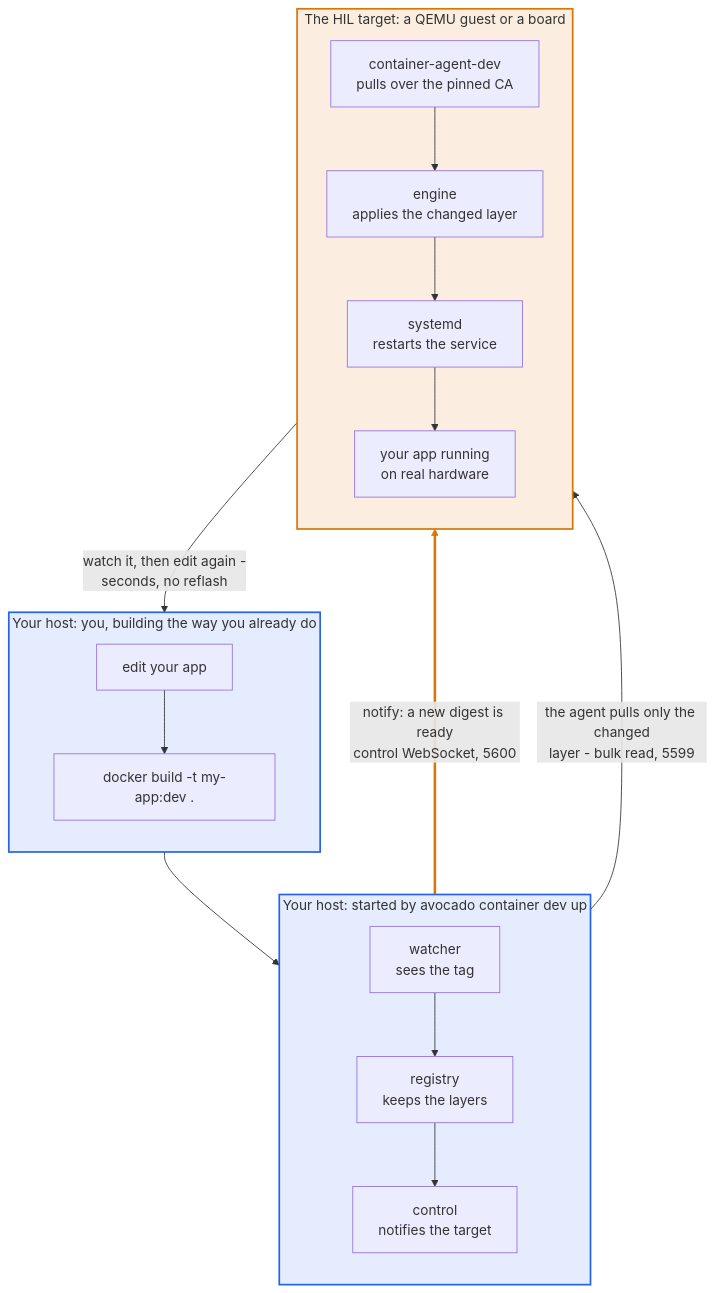
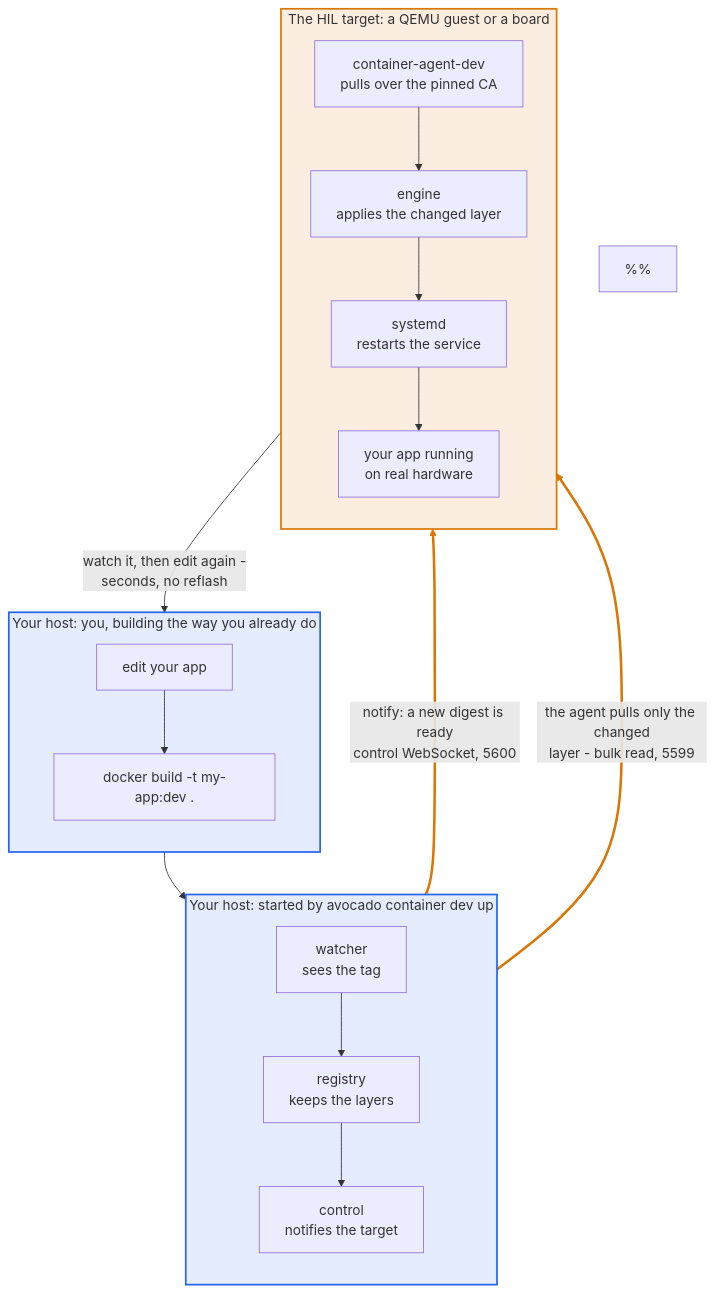
One commit to peridio/docs changed the first of 5 diagrams in src/docs-guides/container-dev-mode.md. Above: the diagram before and after it, drawn with Mermaid.

Commit message:
docs-guides/container-dev-mode: thicken both arrows that leave the host
The callout above the first figure tells the reader that two thick amber
arrows cross the network, and offers "opening only the control port" as
the diagnostic for a stalled sync. The figure styled one of them. Link
indices count every arrow in declaration order, so the bulk-pull hop
registry-->agent is index 8 and the linkStyle line named only 7.

Style both, and bind the styling to edge ids rather than to positions.
A `linkStyle N` is positional, so inserting any arrow higher in the
diagram silently moves the emphasis onto a different edge while the
diagram still parses and check-mermaid still passes - a failure with no
signal anywhere. An `e_notify@-->` id stays attached to its own arrow
whatever moves above it. Verified against the pinned mermaid 11.16.0:
both edges render with stroke:#d97706;stroke-width:3px applied, and the
`@` id syntax needs mermaid >= 11.6, which theme-mermaid's own
`mermaid: ">=11.6.0"` already floors.

````diff
--- a/src/docs-guides/container-dev-mode.md
+++ b/src/docs-guides/container-dev-mode.md
@@ -53,46 +53,53 @@
 ```mermaid
 flowchart TD
     subgraph you["Your host: you, building the way you already do"]
         direction TB
         edit["edit your app"]
         build["docker build -t my-app:dev ."]
         edit --> build
     end
 
     subgraph host["Your host: started by avocado container dev up"]
         direction TB
         watcher["watcher<br/>sees the tag"]
         registry["registry<br/>keeps the layers"]
         control["control<br/>notifies the target"]
         watcher --> registry --> control
     end
 
     subgraph target["The HIL target: a QEMU guest or a board"]
         direction TB
         agent["container-agent-dev<br/>pulls over the pinned CA"]
         engine["engine<br/>applies the changed layer"]
         unit["systemd<br/>restarts the service"]
         running["your app running<br/>on real hardware"]
         agent --> engine --> unit --> running
     end
 
     build --> watcher
-    control -->|"notify: a new digest is ready<br/>control WebSocket, 5600"| agent
-    registry -->|"the agent pulls only the changed<br/>layer - bulk read, 5599"| agent
+    control e_notify@-->|"notify: a new digest is ready<br/>control WebSocket, 5600"| agent
+    registry e_pull@-->|"the agent pulls only the changed<br/>layer - bulk read, 5599"| agent
     running -->|"watch it, then edit again -<br/>seconds, no reflash"| edit
 
     %% Blue is your host, amber is the target, everywhere on this page. Blue and
     %% amber rather than the more obvious green and red because that pair stays
     %% distinguishable with the common forms of colour blindness. The fills carry
     %% an alpha channel so they TINT the page rather than paint over it, which is
     %% what keeps the text legible in both light and dark mode - a solid light
     %% fill turns illegible the moment the reader flips to dark. Colour is never
     %% the only signal: each group also says which machine it is.
     style you fill:#2563eb1f,stroke:#2563eb,stroke-width:2px
     style host fill:#2563eb1f,stroke:#2563eb,stroke-width:2px
     style target fill:#d977061f,stroke:#d97706,stroke-width:2px
-    %% Link 7 is the one arrow that leaves your host, thickened so the single
-    %% network hop is the most visible edge in the figure. Indices count every
-    %% link in declaration order, and a chain contributes one per arrow.
-    linkStyle 7 stroke:#d97706,stroke-width:3px
+    %% BOTH arrows that leave your host are thickened. The callout above tells
+    %% the reader to look for two network hops, so a figure that emphasises one
+    %% of them contradicts the text it illustrates.
+    %%
+    %% Styled by edge id (`e_notify@-->`) rather than `linkStyle N`: link indices
+    %% are positional over declaration order, so adding an arrow anywhere above
+    %% silently moves the styling onto a different edge - and the diagram still
+    %% parses, so check-mermaid still passes. An id stays attached to its own
+    %% arrow. Edge ids need mermaid >= 11.6, which theme-mermaid already floors.
+    classDef crossesTheNetwork stroke:#d97706,stroke-width:3px
+    class e_notify,e_pull crossesTheNetwork
 ```
````
